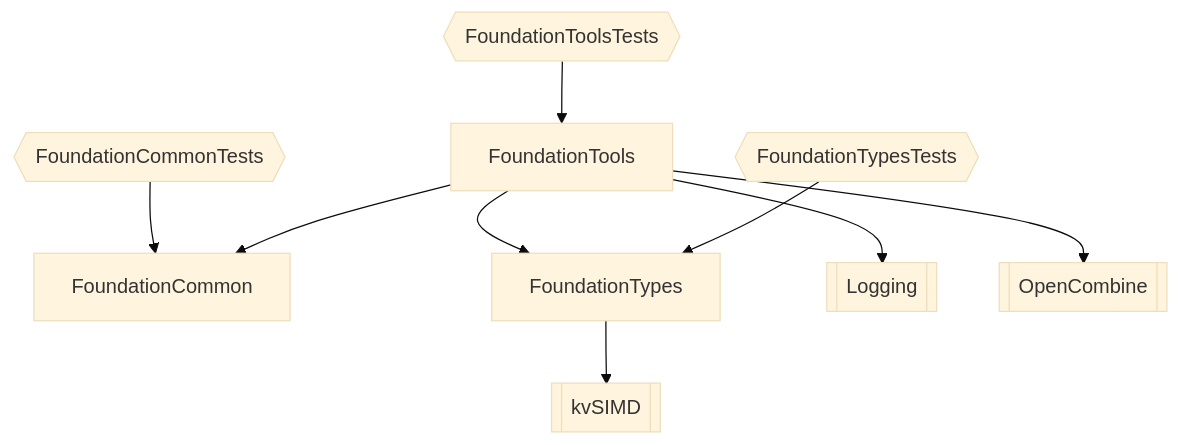
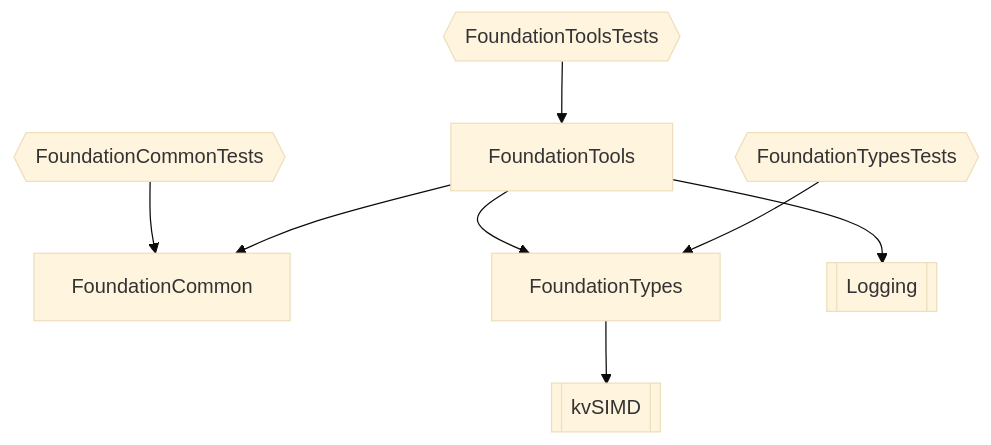
Before and after one commit to kopecn/spmFoundationTools: the diagram in readme.md, drawn with Mermaid (base theme). The commit also changed 4 other files, not shown here.

````diff
--- a/readme.md
+++ b/readme.md
@@ -8,12 +8,11 @@
 ```mermaid
 flowchart TD
     FoundationCommon
     FoundationCommonTests{{FoundationCommonTests}}-->FoundationCommon
     FoundationTools-->FoundationCommon
     FoundationTools-->FoundationTypes
     FoundationTools-->Logging[[Logging]]
-    FoundationTools-->OpenCombine[[OpenCombine]]
     FoundationToolsTests{{FoundationToolsTests}}-->FoundationTools
     FoundationTypes-->kvSIMD[[kvSIMD]]
     FoundationTypesTests{{FoundationTypesTests}}-->FoundationTypes
 ```
````
